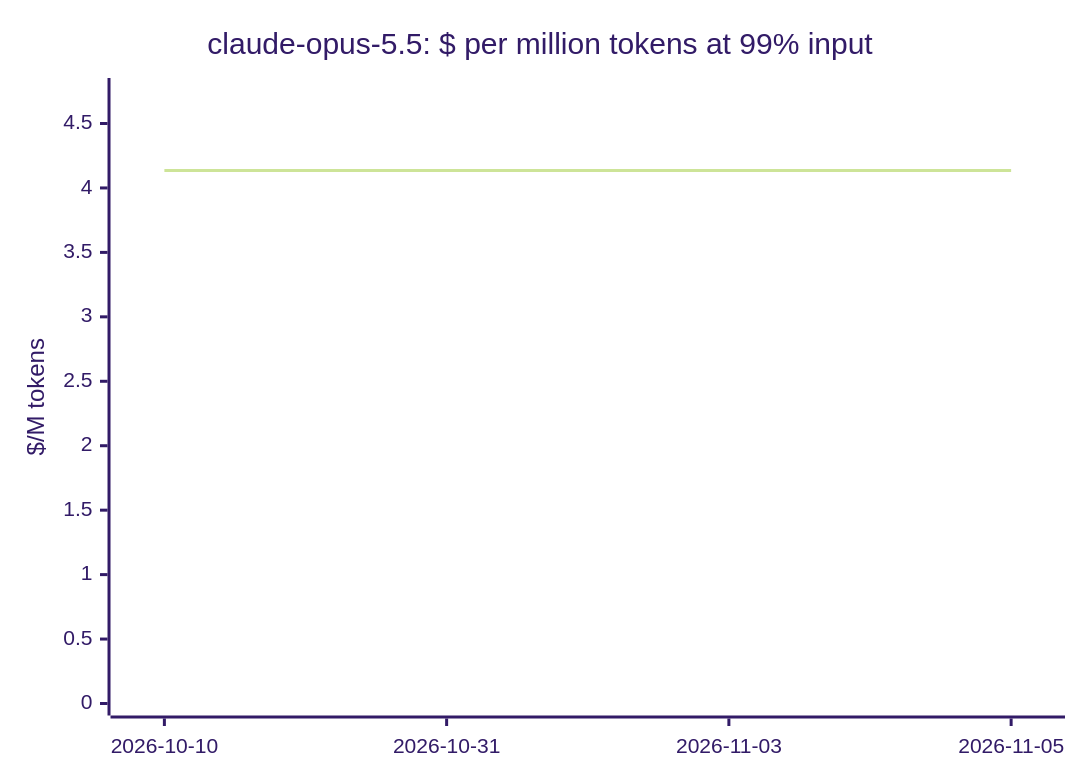
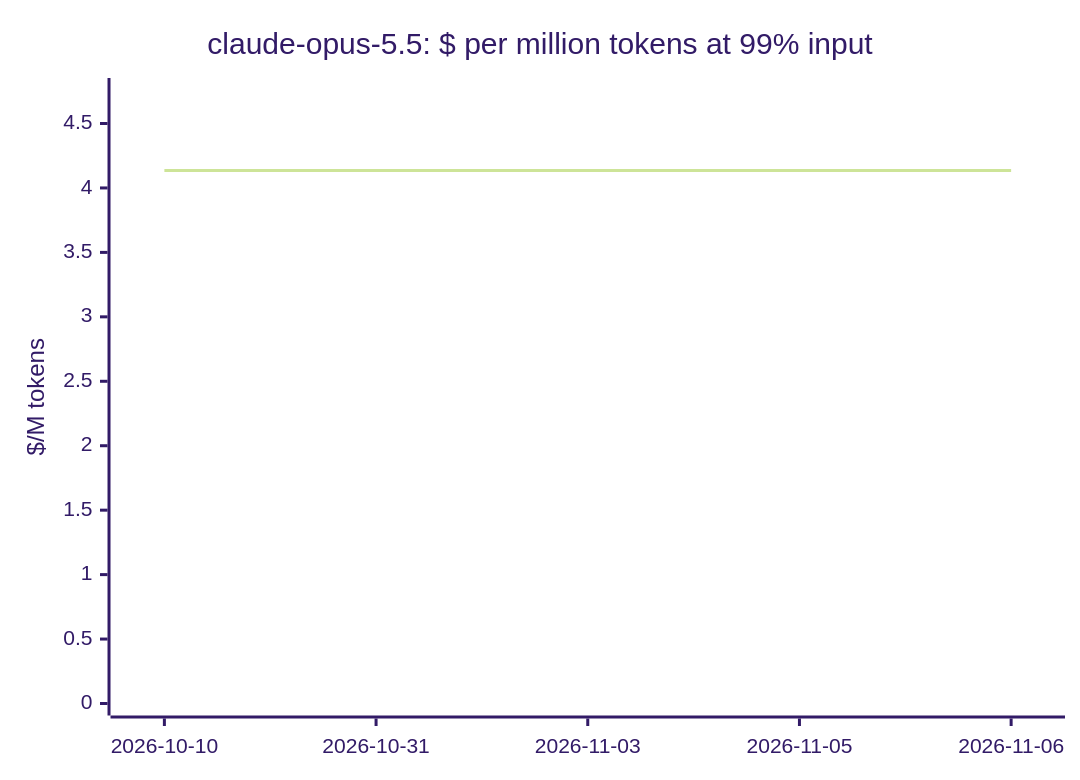
The fourth of 20 diagrams in docs/openrouter-models.md (cklukas/OMEGA_TRANSFORM), drawn with Mermaid (forest theme) before and after one commit. The commit also changed other lines of this file and 103 other files, not shown here.

````diff
--- a/docs/openrouter-models.md
+++ b/docs/openrouter-models.md
@@ -169,7 +168,7 @@
 ```mermaid
 xychart-beta
     title "claude-opus-5.5: $ per million tokens at 99% input"
-    x-axis ["2026-10-10", "2026-10-31", "2026-11-03", "2026-11-05"]
+    x-axis ["2026-10-10", "2026-10-31", "2026-11-03", "2026-11-05", "2026-11-06"]
     y-axis "$/M tokens" 0 --> 4.76
-    line [4.135, 4.135, 4.135, 4.135]
+    line [4.136, 4.136, 4.136, 4.136, 4.136]
 ```
````
